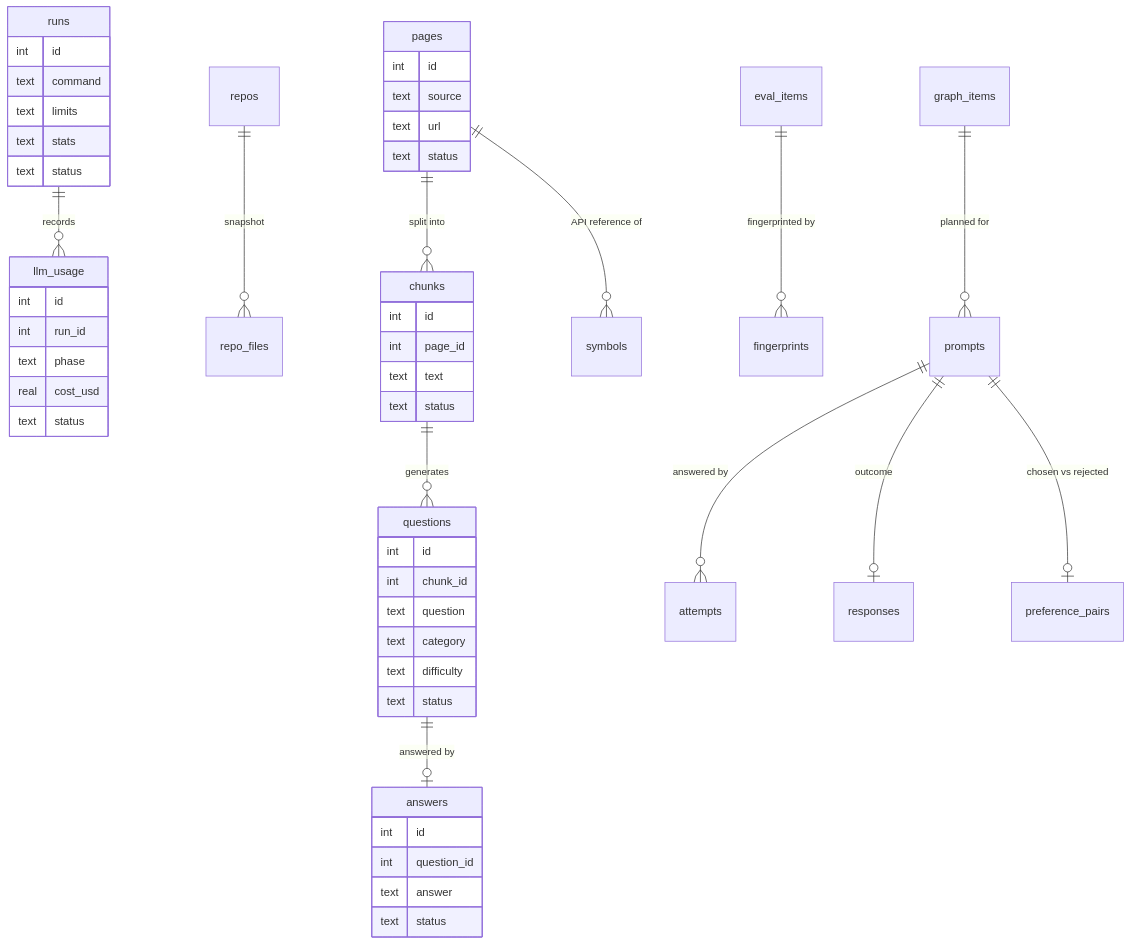
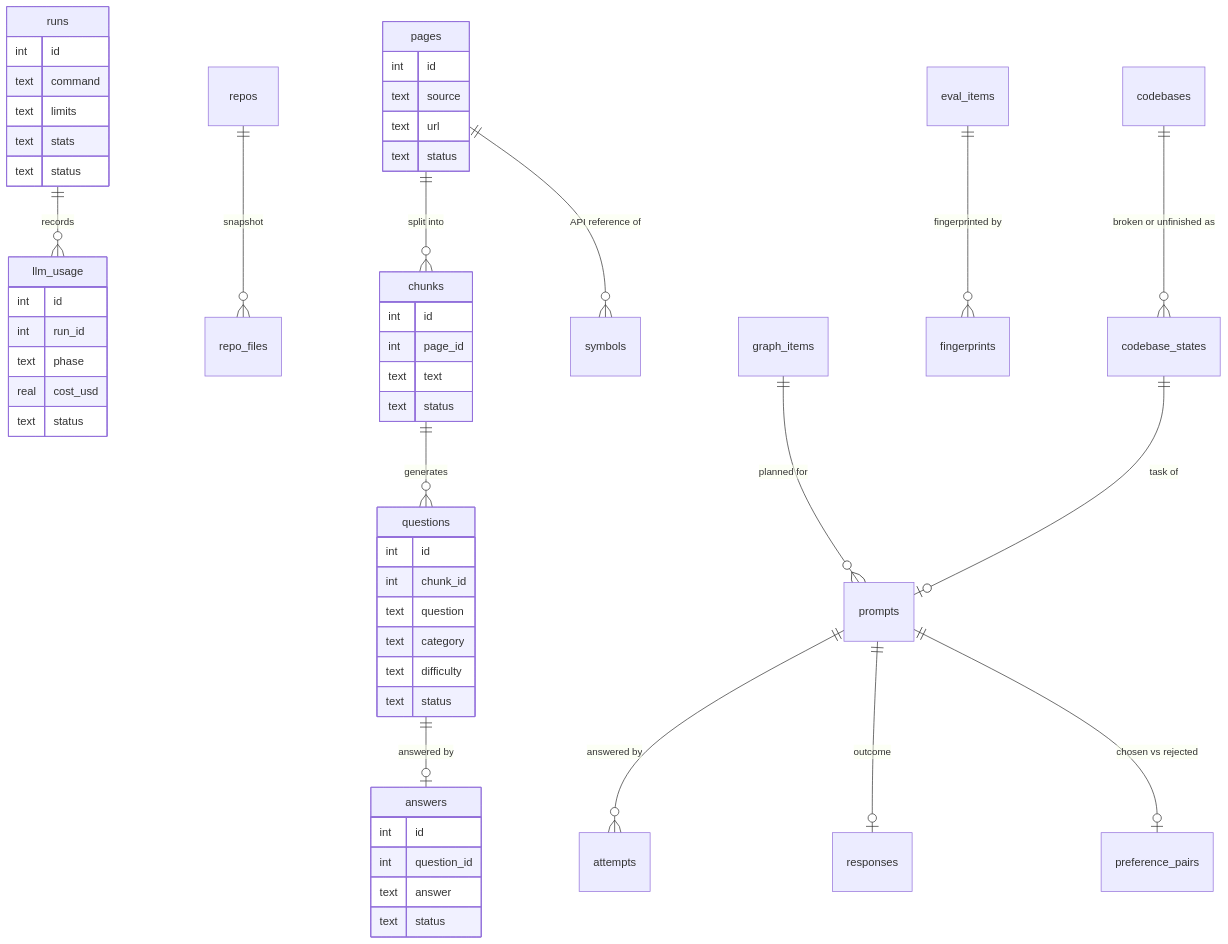
One commit to sajith-jeewantha/ballerina-sft-dataset-pipeline changed the diagram in docs/schemas.md. Above: the diagram before and after it, drawn with Mermaid. The commit also changed other lines of this file and 19 other files, not shown here.

````diff
--- a/docs/schemas.md
+++ b/docs/schemas.md
@@ -7,54 +7,56 @@
 ```mermaid
 erDiagram
     pages ||--o{ chunks : "split into"
     chunks ||--o{ questions : "generates"
     questions ||--o| answers : "answered by"
     runs ||--o{ llm_usage : "records"
     repos ||--o{ repo_files : "snapshot"
     eval_items ||--o{ fingerprints : "fingerprinted by"
     graph_items ||--o{ prompts : "planned for"
     prompts ||--o{ attempts : "answered by"
     prompts ||--o| responses : "outcome"
     prompts ||--o| preference_pairs : "chosen vs rejected"
+    codebases ||--o{ codebase_states : "broken or unfinished as"
+    codebase_states ||--o| prompts : "task of"
     pages ||--o{ symbols : "API reference of"
     pages {
         int id
         text source
         text url
         text status
     }
     chunks {
         int id
         int page_id
         text text
         text status
     }
     questions {
         int id
         int chunk_id
         text question
         text category
         text difficulty
         text status
     }
     answers {
         int id
         int question_id
         text answer
         text status
     }
     runs {
         int id
         text command
         text limits
         text stats
         text status
     }
     llm_usage {
         int id
         int run_id
         text phase
         real cost_usd
         text status
     }
 ```
````
